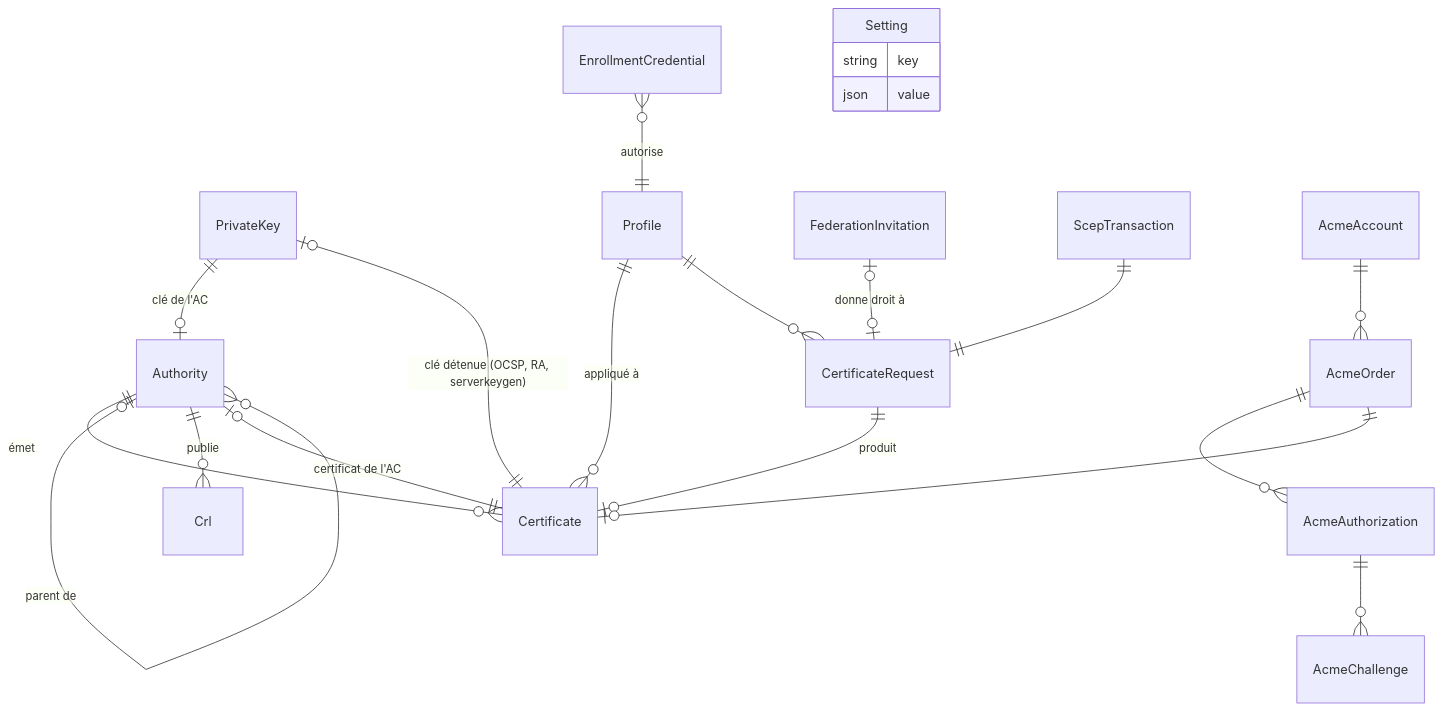
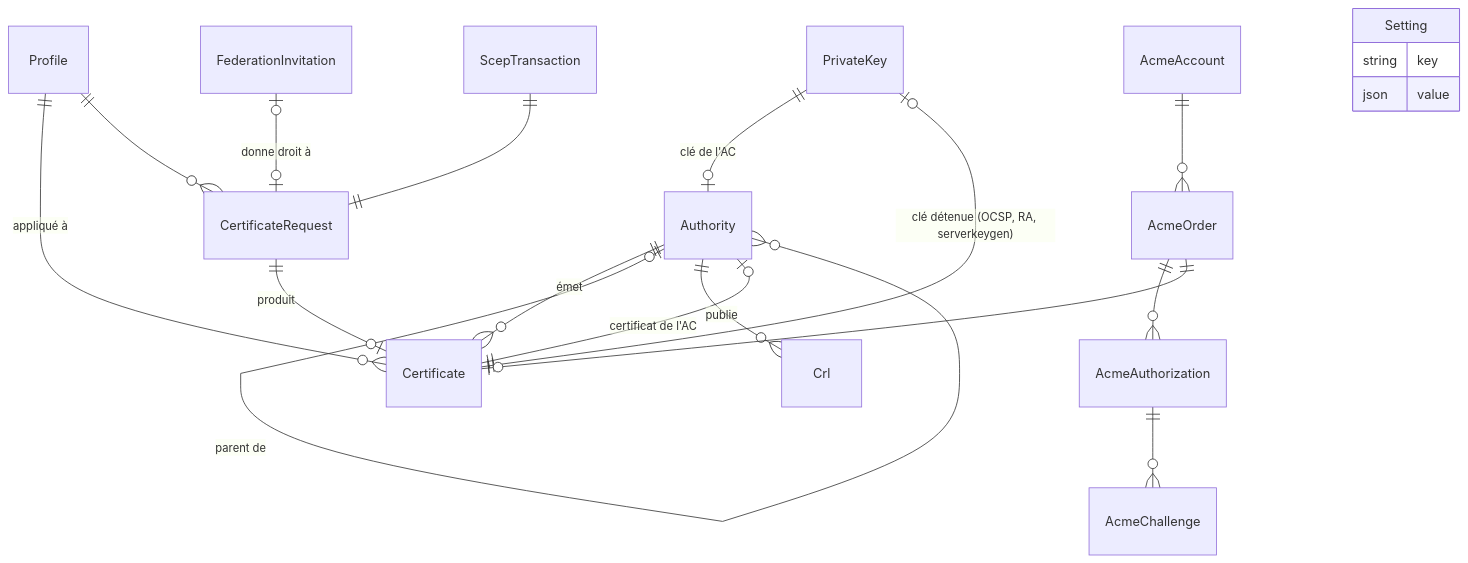
One commit to gilles67/h42-pki changed the fourth of 7 diagrams in docs/ARCHITECTURE.md. Above: the diagram before and after it, drawn with Mermaid. The commit also changed other lines of this file and 9 other files, not shown here.

````diff
--- a/docs/ARCHITECTURE.md
+++ b/docs/ARCHITECTURE.md
@@ -167,23 +167,22 @@
 ```mermaid
 erDiagram
     PrivateKey ||--o| Authority : "clé de l'AC"
     Authority ||--o{ Certificate : émet
     Authority |o--o{ Authority : "parent de"
     Certificate ||--o| Authority : "certificat de l'AC"
     Profile ||--o{ Certificate : "appliqué à"
     CertificateRequest ||--o| Certificate : produit
     Profile ||--o{ CertificateRequest : ""
     FederationInvitation |o--o| CertificateRequest : "donne droit à"
     Authority ||--o{ Crl : publie
     Certificate ||--o| PrivateKey : "clé détenue (OCSP, RA, serverkeygen)"
-    EnrollmentCredential }o--|| Profile : "autorise"
     ScepTransaction ||--|| CertificateRequest : ""
     AcmeAccount ||--o{ AcmeOrder : ""
     AcmeOrder ||--o{ AcmeAuthorization : ""
     AcmeAuthorization ||--o{ AcmeChallenge : ""
     AcmeOrder ||--o| Certificate : ""
     Setting {
         string key
         json value
     }
 ```
````
